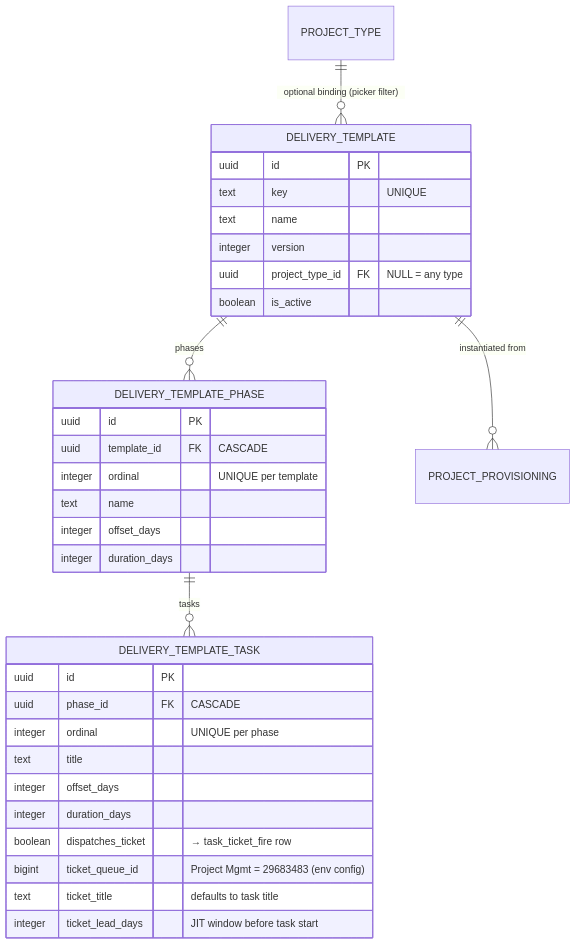
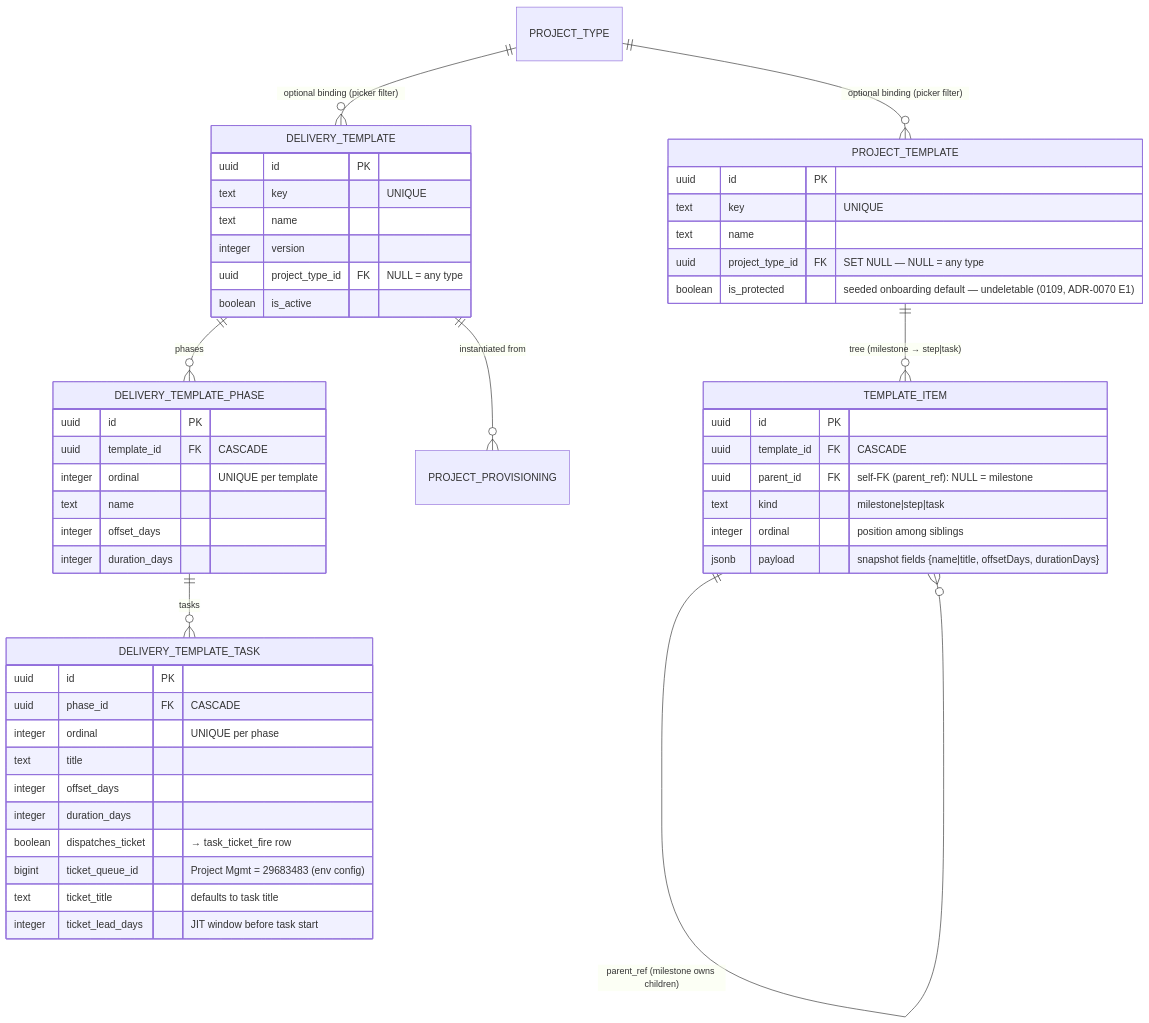
Before and after one commit to markdconnelly/ImperionCRM: the third of 18 diagrams in docs/database/data-model.md, drawn with Mermaid. The commit also changed 15 other files, not shown here.

First line of the commit message:
feat(projects): editable project/task templates (#352)

````diff
--- a/docs/database/data-model.md
+++ b/docs/database/data-model.md
@@ -319,35 +319,53 @@
 ```mermaid
 erDiagram
     DELIVERY_TEMPLATE ||--o{ DELIVERY_TEMPLATE_PHASE : "phases"
     DELIVERY_TEMPLATE_PHASE ||--o{ DELIVERY_TEMPLATE_TASK : "tasks"
     PROJECT_TYPE ||--o{ DELIVERY_TEMPLATE : "optional binding (picker filter)"
     DELIVERY_TEMPLATE ||--o{ PROJECT_PROVISIONING : "instantiated from"
     DELIVERY_TEMPLATE {
       uuid id PK
       text key "UNIQUE"
       text name
       integer version
       uuid project_type_id FK "NULL = any type"
       boolean is_active
     }
     DELIVERY_TEMPLATE_PHASE {
       uuid id PK
       uuid template_id FK "CASCADE"
       integer ordinal "UNIQUE per template"
       text name
       integer offset_days
       integer duration_days
     }
     DELIVERY_TEMPLATE_TASK {
       uuid id PK
       uuid phase_id FK "CASCADE"
       integer ordinal "UNIQUE per phase"
       text title
       integer offset_days
       integer duration_days
       boolean dispatches_ticket "→ task_ticket_fire row"
       bigint ticket_queue_id "Project Mgmt = 29683483 (env config)"
       text ticket_title "defaults to task title"
       integer ticket_lead_days "JIT window before task start"
     }
+    PROJECT_TEMPLATE ||--o{ TEMPLATE_ITEM : "tree (milestone → step|task)"
+    TEMPLATE_ITEM ||--o{ TEMPLATE_ITEM : "parent_ref (milestone owns children)"
+    PROJECT_TYPE ||--o{ PROJECT_TEMPLATE : "optional binding (picker filter)"
+    PROJECT_TEMPLATE {
+      uuid id PK
+      text key "UNIQUE"
+      text name
+      uuid project_type_id FK "SET NULL — NULL = any type"
+      boolean is_protected "seeded onboarding default — undeletable (0109, ADR-0070 E1)"
+    }
+    TEMPLATE_ITEM {
+      uuid id PK
+      uuid template_id FK "CASCADE"
+      uuid parent_id FK "self-FK (parent_ref): NULL = milestone"
+      text kind "milestone|step|task"
+      integer ordinal "position among siblings"
+      jsonb payload "snapshot fields {name|title, offsetDays, durationDays}"
+    }
 ```
````
